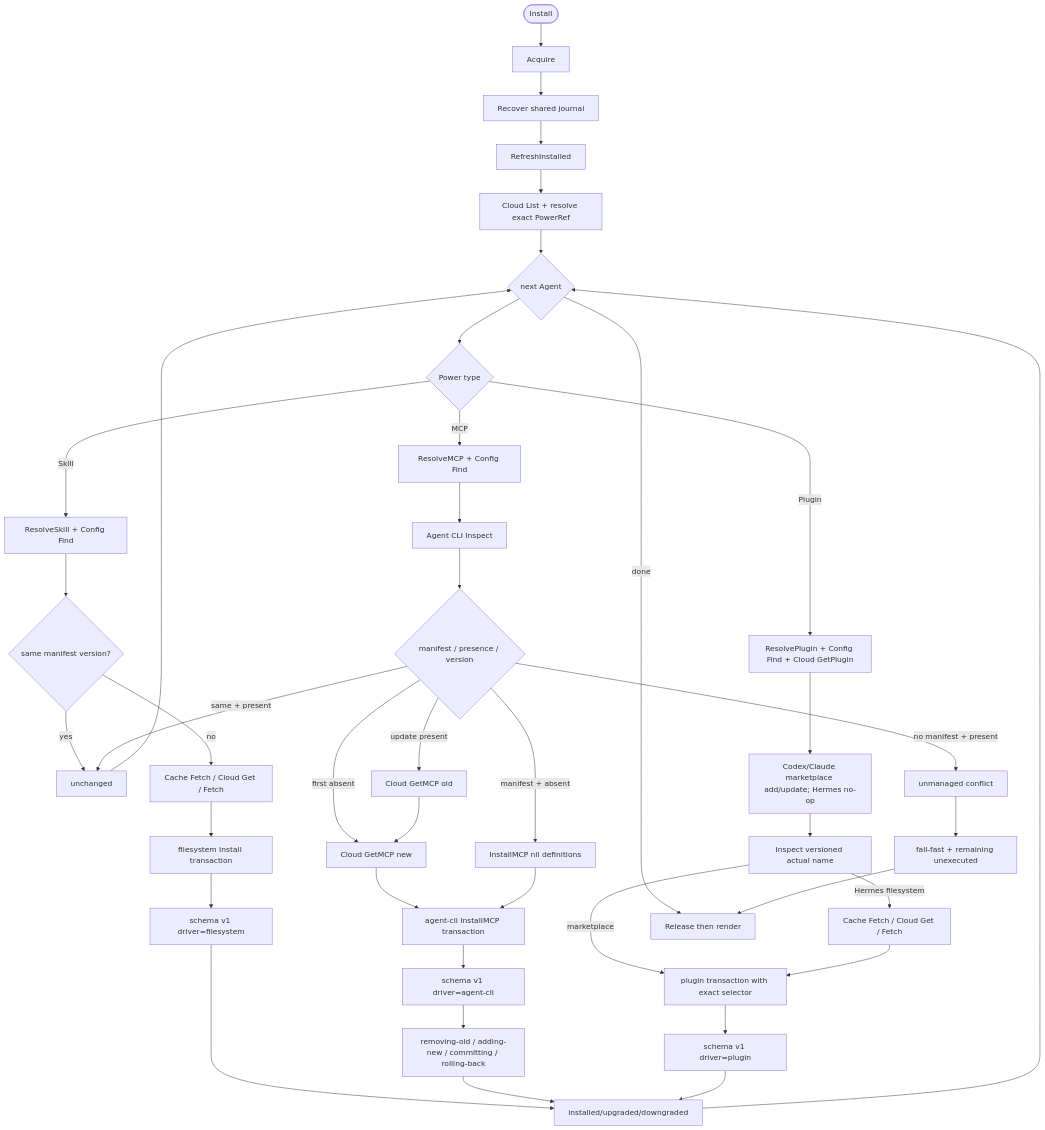
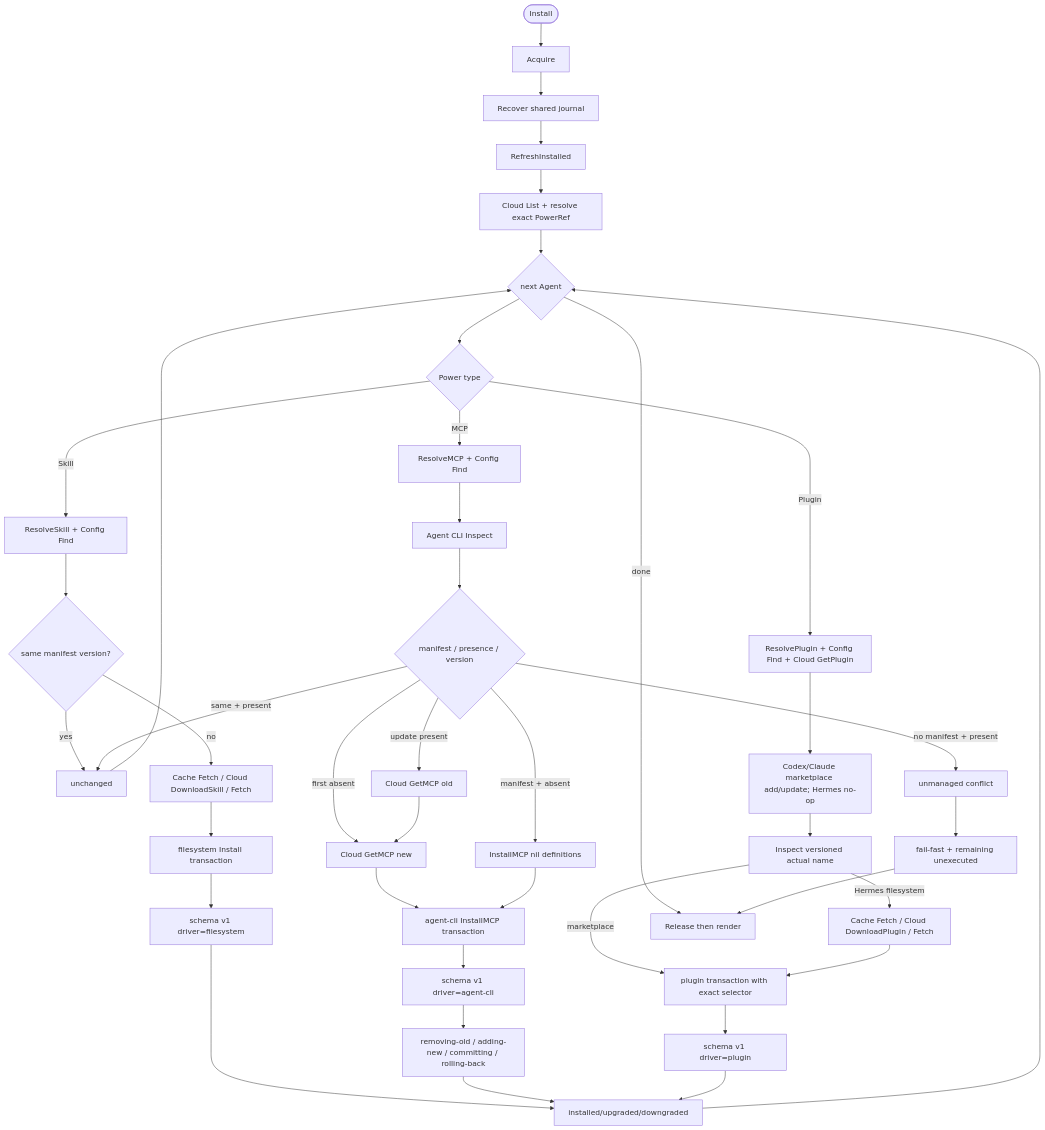
Before and after one commit to spacemit-com/agent-power-manager: the diagram in ivory-tower/c4/components/apm-cli-lifecycle-diagrams/install.mmd, drawn with Mermaid. The commit also changed 6 other files, not shown here.

```diff
--- a/ivory-tower/c4/components/apm-cli-lifecycle-diagrams/install.mmd
+++ b/ivory-tower/c4/components/apm-cli-lifecycle-diagrams/install.mmd
@@ -1,42 +1,42 @@
 flowchart TD
     Start([Install]) --> Lock[Acquire]
     Lock --> Recover[Recover shared journal]
     Recover --> Refresh[RefreshInstalled]
     Refresh --> List[Cloud List + resolve exact PowerRef]
     List --> Agent{next Agent}
     Agent --> Type{Power type}
     Type -->|Skill| SkillResolve[ResolveSkill + Config Find]
     SkillResolve --> SkillSame{same manifest version?}
     SkillSame -->|yes| Unchanged[unchanged]
-    SkillSame -->|no| Cache[Cache Fetch / Cloud Get / Fetch]
+    SkillSame -->|no| Cache[Cache Fetch / Cloud DownloadSkill / Fetch]
     Cache --> FSTx[filesystem Install transaction]
     FSTx --> FSJournal[schema v1 driver=filesystem]
 
     Type -->|MCP| MCPResolve[ResolveMCP + Config Find]
     MCPResolve --> MCPInspect[Agent CLI Inspect]
     MCPInspect --> MCPState{manifest / presence / version}
     MCPState -->|same + present| Unchanged
     MCPState -->|no manifest + present| Fail[unmanaged conflict]
     MCPState -->|manifest + absent| MCPStale[InstallMCP nil definitions]
     MCPState -->|first absent| NewDef[Cloud GetMCP new]
     MCPState -->|update present| OldDef[Cloud GetMCP old] --> NewDef
     NewDef --> MCPTx[agent-cli InstallMCP transaction]
     MCPStale --> MCPTx
     MCPTx --> MCPJournal[schema v1 driver=agent-cli]
     MCPJournal --> Phases[removing-old / adding-new / committing / rolling-back]
 
     Type -->|Plugin| PluginResolve[ResolvePlugin + Config Find + Cloud GetPlugin]
     PluginResolve --> Prepare[Codex/Claude marketplace add/update; Hermes no-op]
     Prepare --> PluginInspect[Inspect versioned actual name]
     PluginInspect -->|marketplace| PluginTx[plugin transaction with exact selector]
-    PluginInspect -->|Hermes filesystem| PluginCache[Cache Fetch / Cloud Get / Fetch] --> PluginTx
+    PluginInspect -->|Hermes filesystem| PluginCache[Cache Fetch / Cloud DownloadPlugin / Fetch] --> PluginTx
     PluginTx --> PluginJournal[schema v1 driver=plugin]
 
     FSJournal --> Outcome[installed/upgraded/downgraded]
     Phases --> Outcome
     PluginJournal --> Outcome
     Unchanged --> Agent
     Outcome --> Agent
     Fail --> Batch[fail-fast + remaining unexecuted]
     Agent -->|done| Release[Release then render]
     Batch --> Release
```
